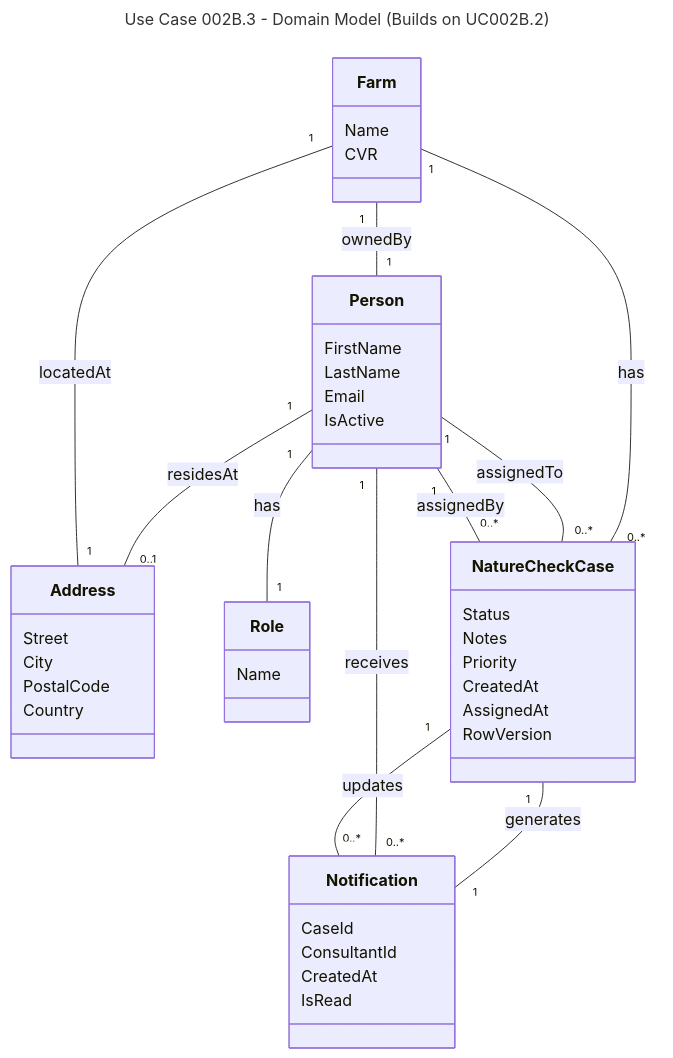
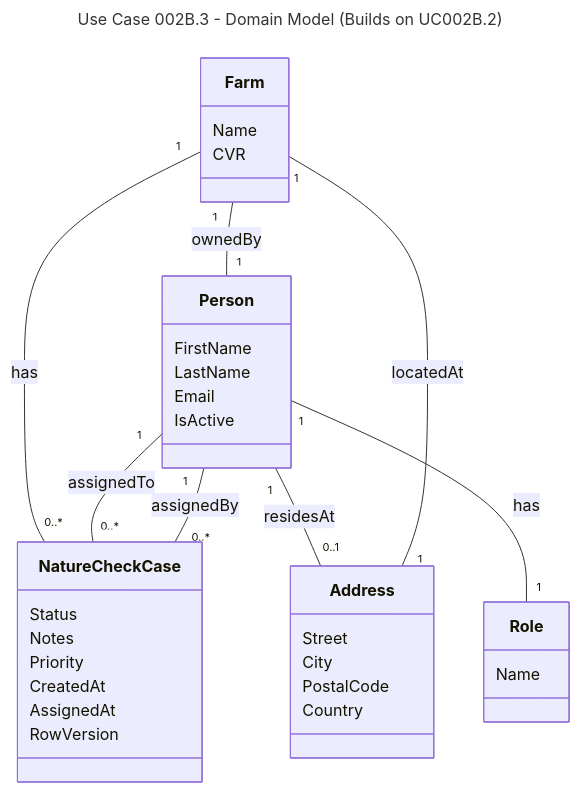
Before and after one commit to DMOoF25-TEAM11/ArlaNatureConnect: the diagram in docs/UseCase002B-AssignNatureCheckCase/UserStories/UC002B.3-UpdateNatureCheckCase/UC002B.3-DomainModel.md, drawn with Mermaid. The commit also changed other lines of this file and 65 other files, not shown here.

Commit message:
Update of UML

````diff
--- a/docs/UseCase002B-AssignNatureCheckCase/UserStories/UC002B.3-UpdateNatureCheckCase/UC002B.3-DomainModel.md
+++ b/docs/UseCase002B-AssignNatureCheckCase/UserStories/UC002B.3-UpdateNatureCheckCase/UC002B.3-DomainModel.md
@@ -5,60 +5,48 @@
 ```mermaid
 ---
 title: Use Case 002B.3 - Domain Model (Builds on UC002B.2)
 ---
 classDiagram
     direction TB
 
     class Farm {
         Name
         CVR
     }
 
     class Person {
         FirstName
         LastName
         Email
         IsActive
     }
 
     class Address {
         Street
         City
         PostalCode
         Country
     }
 
     class Role {
         Name
     }
 
     class NatureCheckCase {
         Status
         Notes
         Priority
         CreatedAt
         AssignedAt
         RowVersion
     }
 
-    class Notification {
-        CaseId
-        ConsultantId
-        CreatedAt
-        IsRead
-    }
-
     %% Relationships from UC002B.1 and UC002B.2
     Farm "1" -- "0..*" NatureCheckCase : has
     Person "1" -- "0..*" NatureCheckCase : assignedTo
     Person "1" -- "0..*" NatureCheckCase : assignedBy
     Person "1" -- "1" Role : has
     Person "1" -- "0..1" Address : residesAt
     Farm "1" -- "1" Address : locatedAt
     Farm "1" -- "1" Person : ownedBy
-    NatureCheckCase "1" -- "1" Notification : generates
-    Person "1" -- "0..*" Notification : receives
-    
-    %% New relationships for UC002B.3 (Update)
-    NatureCheckCase "1" -- "0..*" Notification : updates
 ```
````
